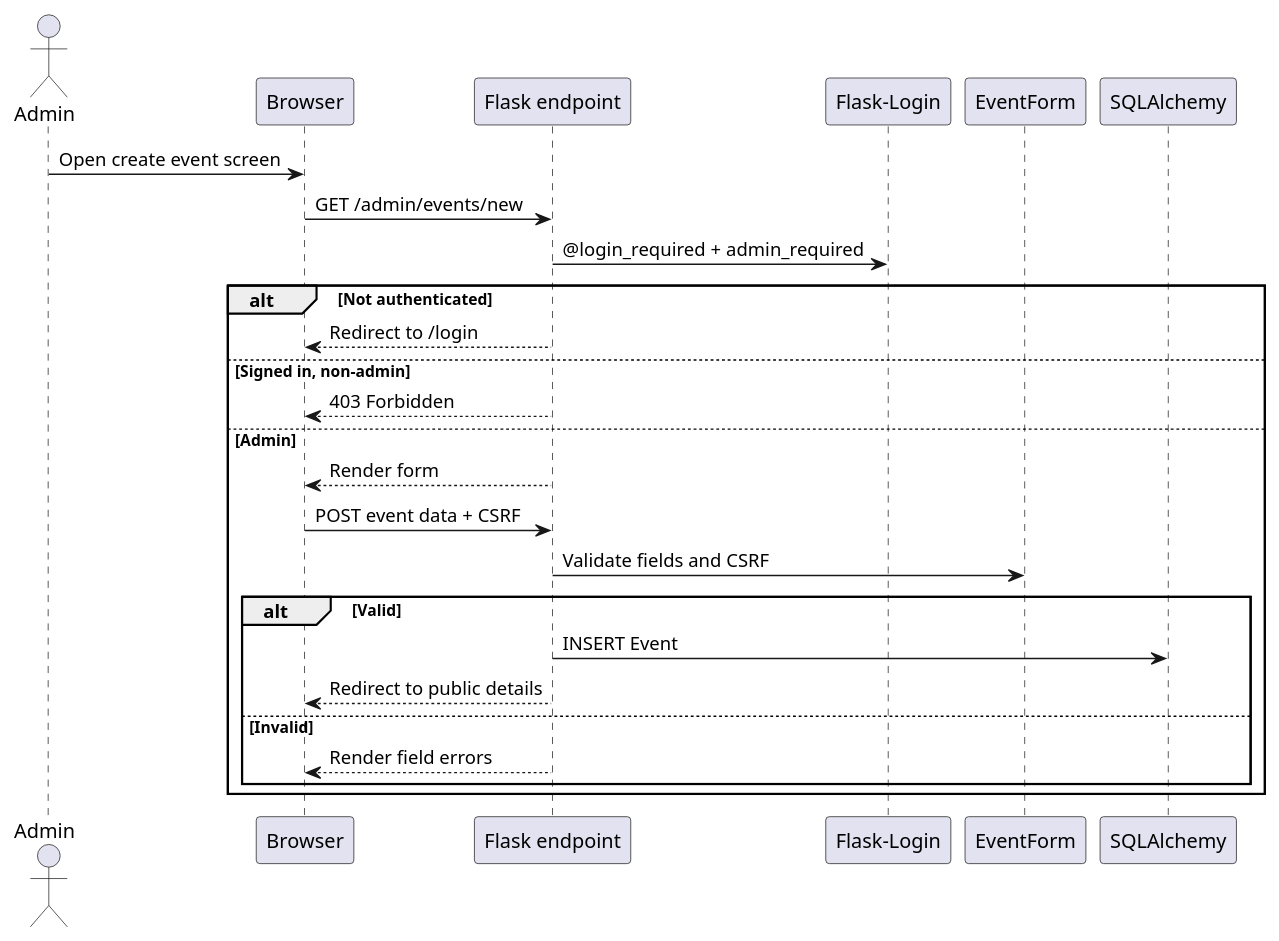
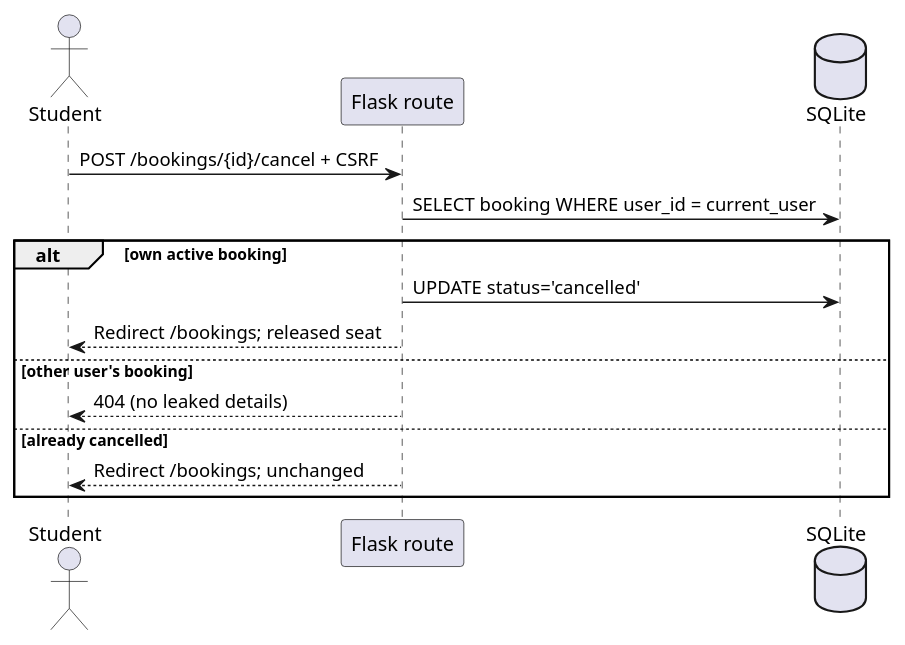
The fifth of 5 diagrams in docs/uml.md (ItsMONIKAAKTER/CSTBS), drawn with PlantUML before and after one commit. The commit also changed other lines of this file and 24 other files, not shown here.

````diff
--- a/docs/uml.md
+++ b/docs/uml.md
@@ -137,28 +166,17 @@
 ```plantuml
 @startuml
-actor Admin
-participant Browser
-participant "Flask endpoint" as Route
-participant "Flask-Login" as Auth
-participant "EventForm" as Form
-participant "SQLAlchemy" as ORM
-Admin -> Browser : Open create event screen
-Browser -> Route : GET /admin/events/new
-Route -> Auth : @login_required + admin_required
-alt Not authenticated
-  Route --> Browser : Redirect to /login
-else Signed in, non-admin
-  Route --> Browser : 403 Forbidden
-else Admin
-  Route --> Browser : Render form
-  Browser -> Route : POST event data + CSRF
-  Route -> Form : Validate fields and CSRF
-  alt Valid
-    Route -> ORM : INSERT Event
-    Route --> Browser : Redirect to public details
-  else Invalid
-    Route --> Browser : Render field errors
-  end
+actor Student
+participant "Flask route" as Route
+database SQLite as DB
+Student -> Route : POST /bookings/{id}/cancel + CSRF
+Route -> DB : SELECT booking WHERE user_id = current_user
+alt own active booking
+  Route -> DB : UPDATE status='cancelled'
+  Route --> Student : Redirect /bookings; released seat
+else other user's booking
+  Route --> Student : 404 (no leaked details)
+else already cancelled
+  Route --> Student : Redirect /bookings; unchanged
 end
 @enduml
 ```
````
